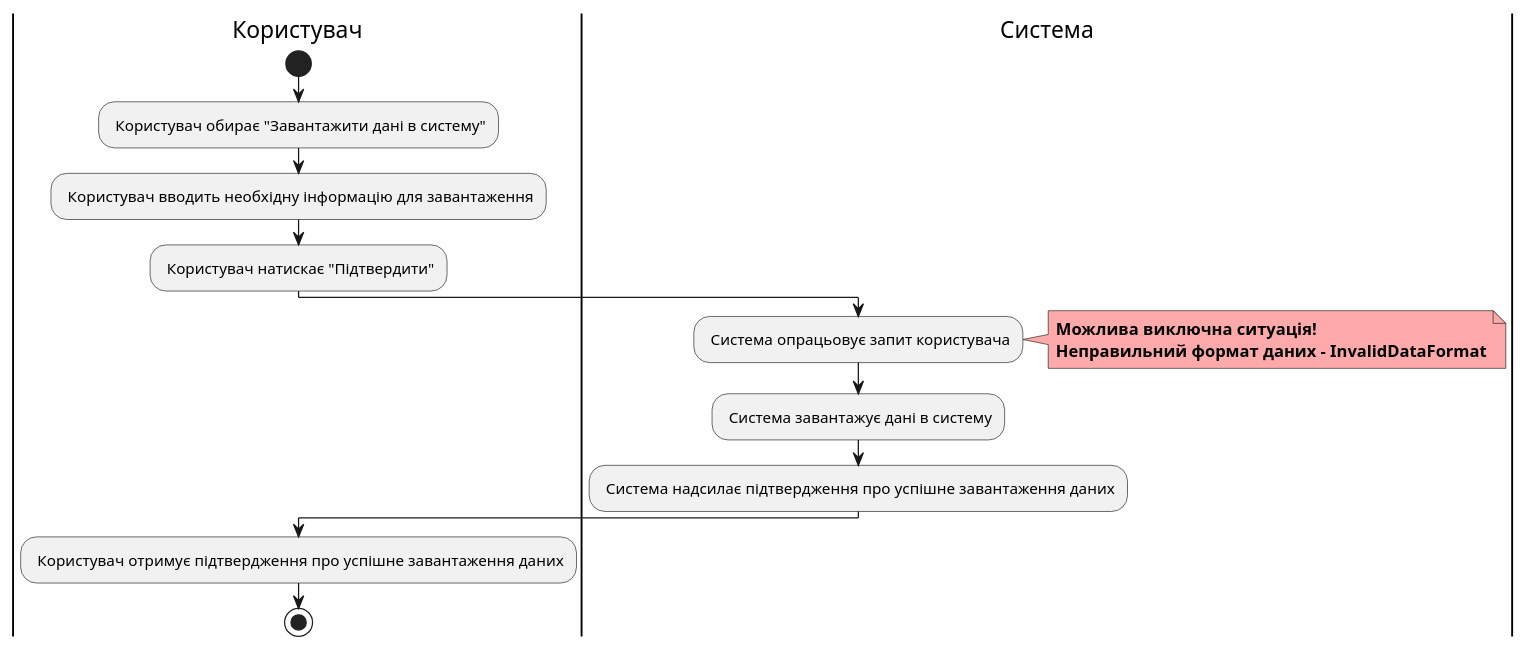
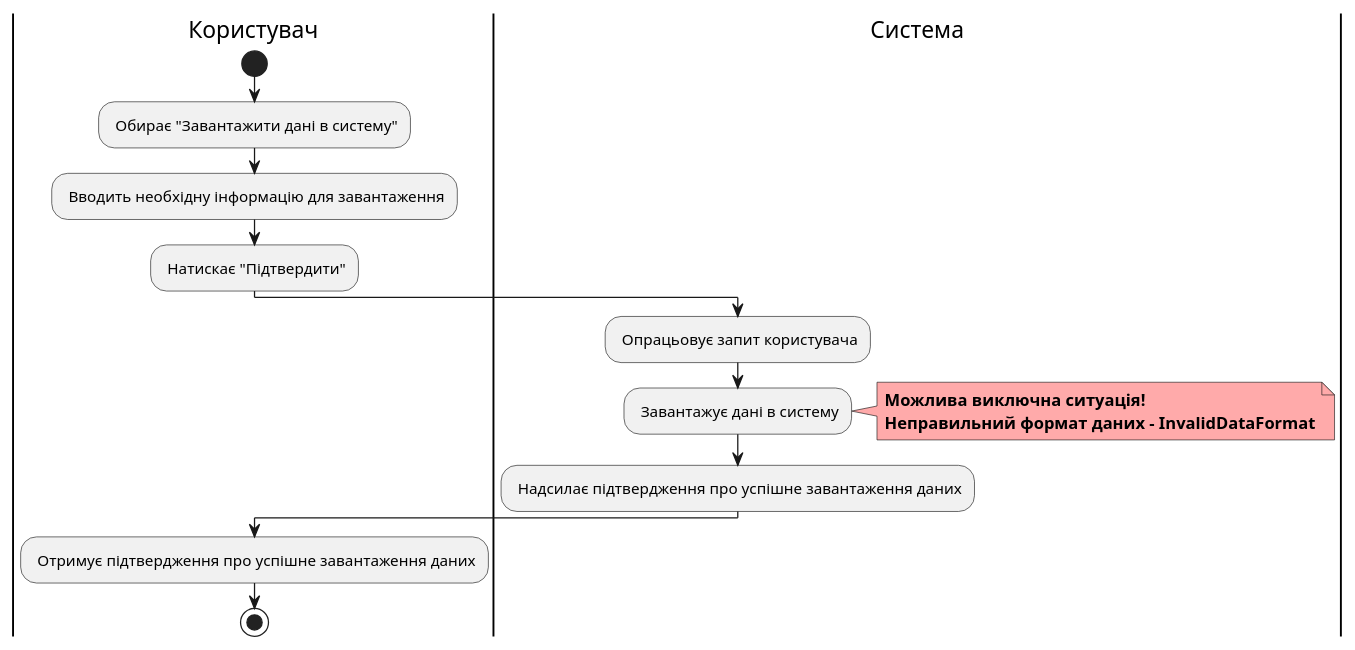
Before and after one commit to watashone/db-labs: the seventh of 17 diagrams in docs/use cases/README.md, drawn with PlantUML. The commit also changed other lines of this file, not shown here.

````diff
--- a/docs/use cases/README.md
+++ b/docs/use cases/README.md
@@ -218,22 +218,20 @@
 ```plantuml
 @startuml
-|Користувач|
-start
-: Користувач обирає "Завантажити дані в систему";
-: Користувач вводить необхідну інформацію для завантаження;
-: Користувач натискає "Підтвердити";
-
-|Система|
-: Система опрацьовує запит користувача;
-note right #ffaaaa
-<b>Можлива виключна ситуація!</b>
-<b>Неправильний формат даних - InvalidDataFormat</b>
-end note
-: Система завантажує дані в систему;
-: Система надсилає підтвердження про успішне завантаження даних;
-
-|Користувач|
-: Користувач отримує підтвердження про успішне завантаження даних;
-stop
+    |Користувач|
+        start
+        : Обирає "Завантажити дані в систему";
+        : Вводить необхідну інформацію для завантаження;
+        : Натискає "Підтвердити";
+    |Система|
+        : Опрацьовує запит користувача;
+        : Завантажує дані в систему;
+        note right #ffaaaa
+        <b>Можлива виключна ситуація!</b>
+        <b>Неправильний формат даних - InvalidDataFormat</b>
+        end note
+        : Надсилає підтвердження про успішне завантаження даних;
+    |Користувач|
+        : Отримує підтвердження про успішне завантаження даних;
+        stop
 @enduml
 ```
````
